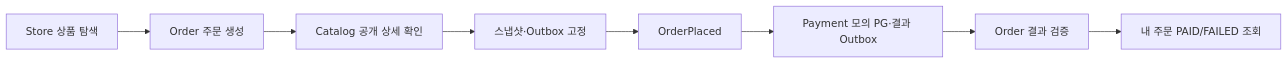
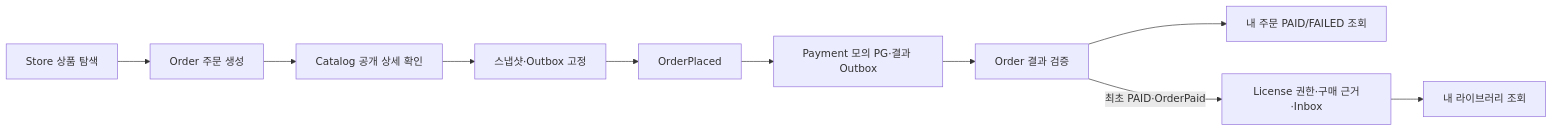
Before and after one commit to tlswltjq/esd-platform: the second of 2 diagrams in docs/domain/workflows.md, drawn with Mermaid. The commit also changed other lines of this file and 79 other files, not shown here.

````diff
--- a/docs/domain/workflows.md
+++ b/docs/domain/workflows.md
@@ -69,10 +70,12 @@
 ```mermaid
 flowchart LR
     S[Store 상품 탐색] --> O[Order 주문 생성]
     O --> C[Catalog 공개 상세 확인]
     C --> F[스냅샷·Outbox 고정]
     F --> P[OrderPlaced]
     P --> T[Payment 모의 PG·결과 Outbox]
     T --> R[Order 결과 검증]
     R --> Q[내 주문 PAID/FAILED 조회]
+    R -->|최초 PAID·OrderPaid| L[License 권한·구매 근거·Inbox]
+    L --> B[내 라이브러리 조회]
 ```
````
